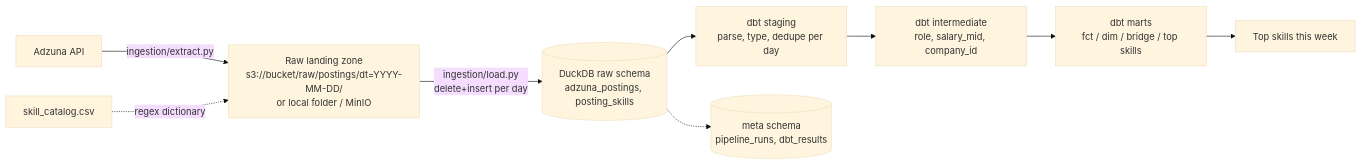
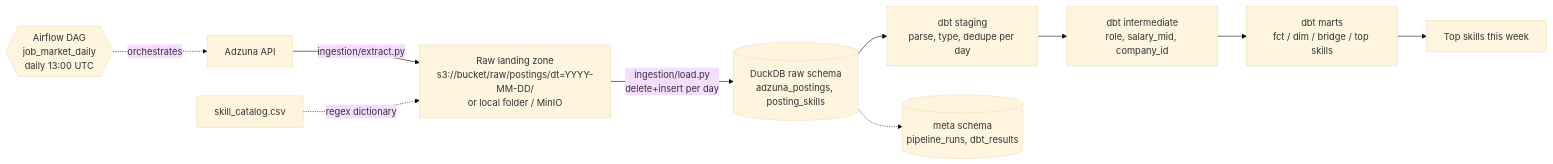
Before and after one commit to khus-hi/job-market-data-pipeline: the first of 2 diagrams in README.md, drawn with Mermaid (base theme). The commit also changed other lines of this file and 14 other files, not shown here.

````diff
--- a/README.md
+++ b/README.md
@@ -11,11 +11,12 @@
 ```mermaid
 flowchart LR
+    AF{{Airflow DAG<br/>job_market_daily<br/>daily 13:00 UTC}} -.orchestrates.-> A
     A[Adzuna API] -->|ingestion/extract.py| B[Raw landing zone<br/>s3://bucket/raw/postings/dt=YYYY-MM-DD/<br/>or local folder / MinIO]
     B -->|ingestion/load.py<br/>delete+insert per day| C[(DuckDB raw schema<br/>adzuna_postings, posting_skills)]
     S[skill_catalog.csv] -.->|regex dictionary| B
     C --> D[dbt staging<br/>parse, type, dedupe per day]
     D --> E[dbt intermediate<br/>role, salary_mid, company_id]
     E --> F[dbt marts<br/>fct / dim / bridge / top skills]
     F --> G[Top skills this week]
     C -.-> M[(meta schema<br/>pipeline_runs, dbt_results)]
 ```
````
